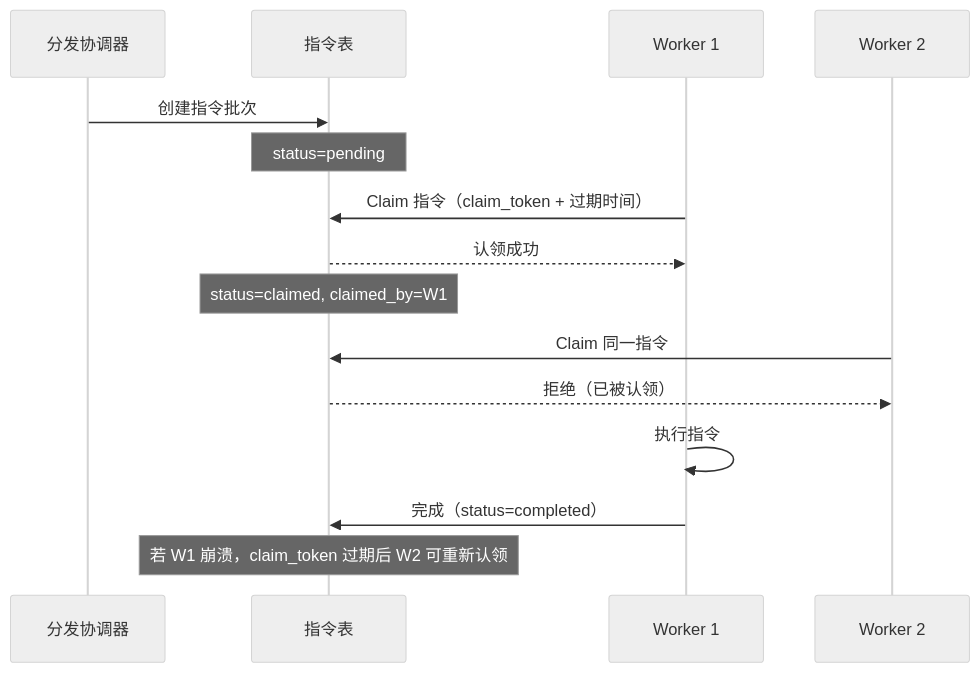
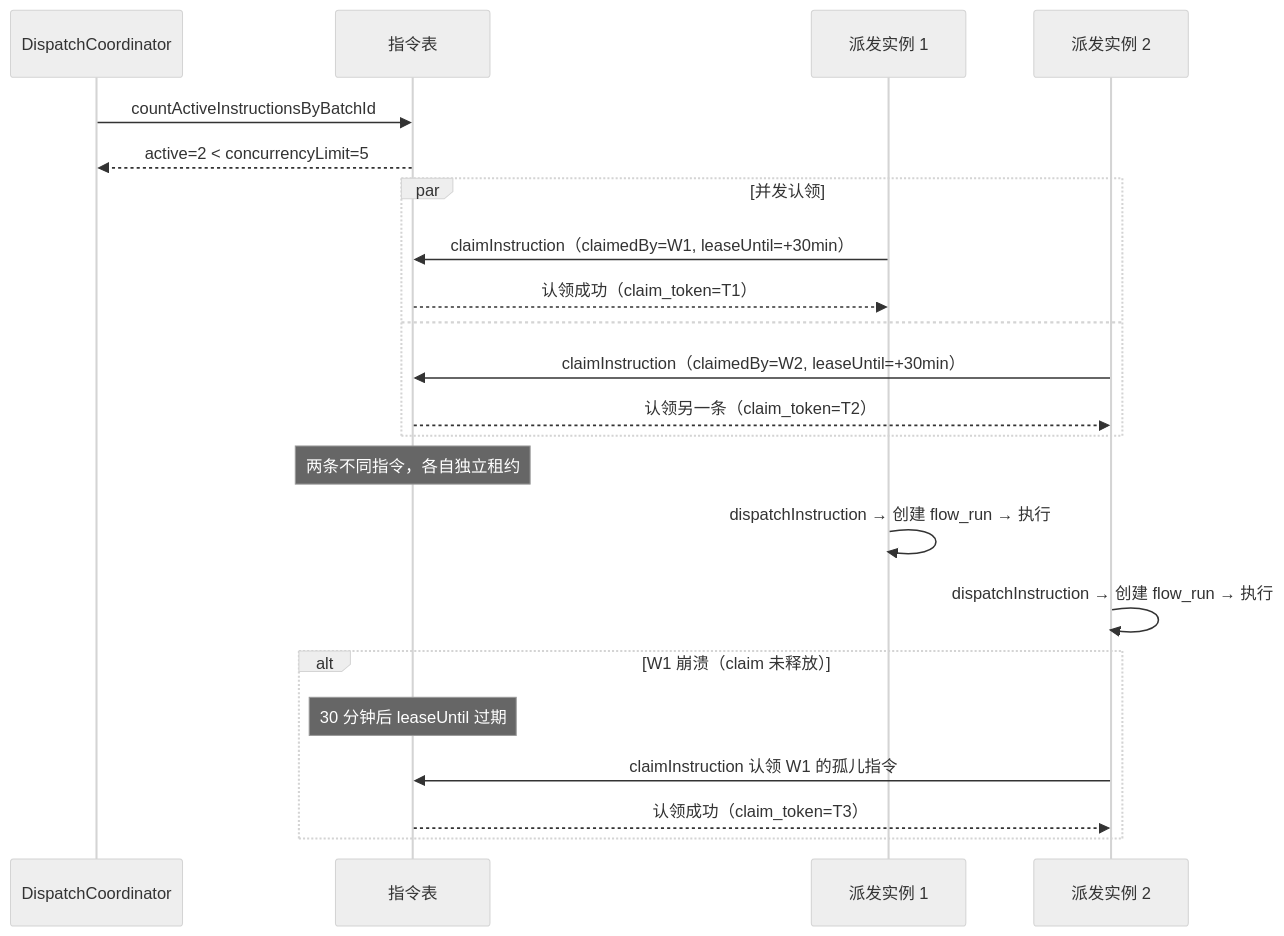
Before and after one commit to GGwujun/deep-dive-winmatrix: the third of 4 diagrams in src/part7-collaboration/ch20-flow-orchestration.md, drawn with Mermaid (neutral theme). The commit also changed other lines of this file and 35 other files, not shown here.

````diff
--- a/src/part7-collaboration/ch20-flow-orchestration.md
+++ b/src/part7-collaboration/ch20-flow-orchestration.md
@@ -174,22 +257,29 @@
 ```mermaid
 sequenceDiagram
-    participant DISP as 分发协调器
+    participant Coord as DispatchCoordinator
     participant DB as 指令表
-    participant W1 as Worker 1
-    participant W2 as Worker 2
+    participant W1 as 派发实例 1
+    participant W2 as 派发实例 2
 
-    DISP->>DB: 创建指令批次
-    Note over DB: status=pending
+    Coord->>DB: countActiveInstructionsByBatchId
+    DB-->>Coord: active=2 < concurrencyLimit=5
 
-    W1->>DB: Claim 指令（claim_token + 过期时间）
-    DB-->>W1: 认领成功
-    Note over DB: status=claimed, claimed_by=W1
+    par 并发认领
+        W1->>DB: claimInstruction（claimedBy=W1, leaseUntil=+30min）
+        DB-->>W1: 认领成功（claim_token=T1）
+    and
+        W2->>DB: claimInstruction（claimedBy=W2, leaseUntil=+30min）
+        DB-->>W2: 认领另一条（claim_token=T2）
+    end
 
-    W2->>DB: Claim 同一指令
-    DB-->>W2: 拒绝（已被认领）
+    Note over DB: 两条不同指令，各自独立租约
 
-    W1->>W1: 执行指令
-    W1->>DB: 完成（status=completed）
+    W1->>W1: dispatchInstruction → 创建 flow_run → 执行
+    W2->>W2: dispatchInstruction → 创建 flow_run → 执行
 
-    Note over DB: 若 W1 崩溃，claim_token 过期后 W2 可重新认领
+    alt W1 崩溃（claim 未释放）
+        Note over DB: 30 分钟后 leaseUntil 过期
+        W2->>DB: claimInstruction 认领 W1 的孤儿指令
+        DB-->>W2: 认领成功（claim_token=T3）
+    end
 ```
````
